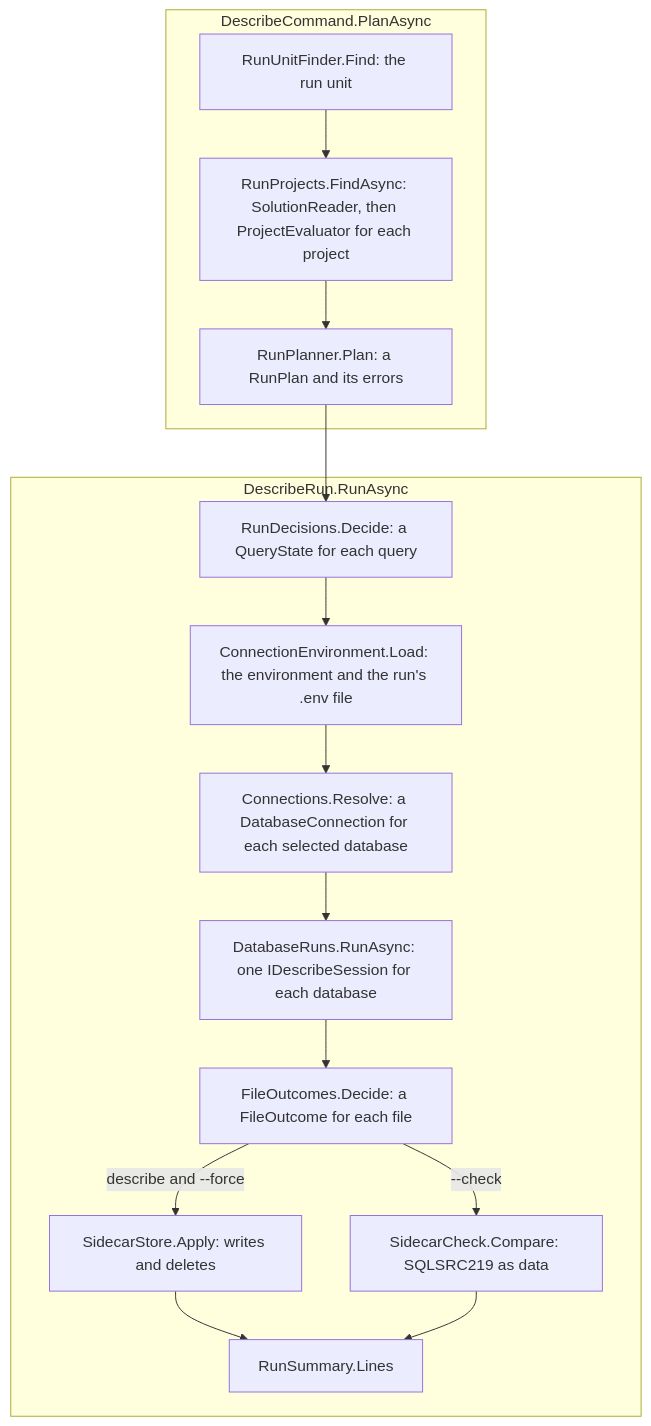
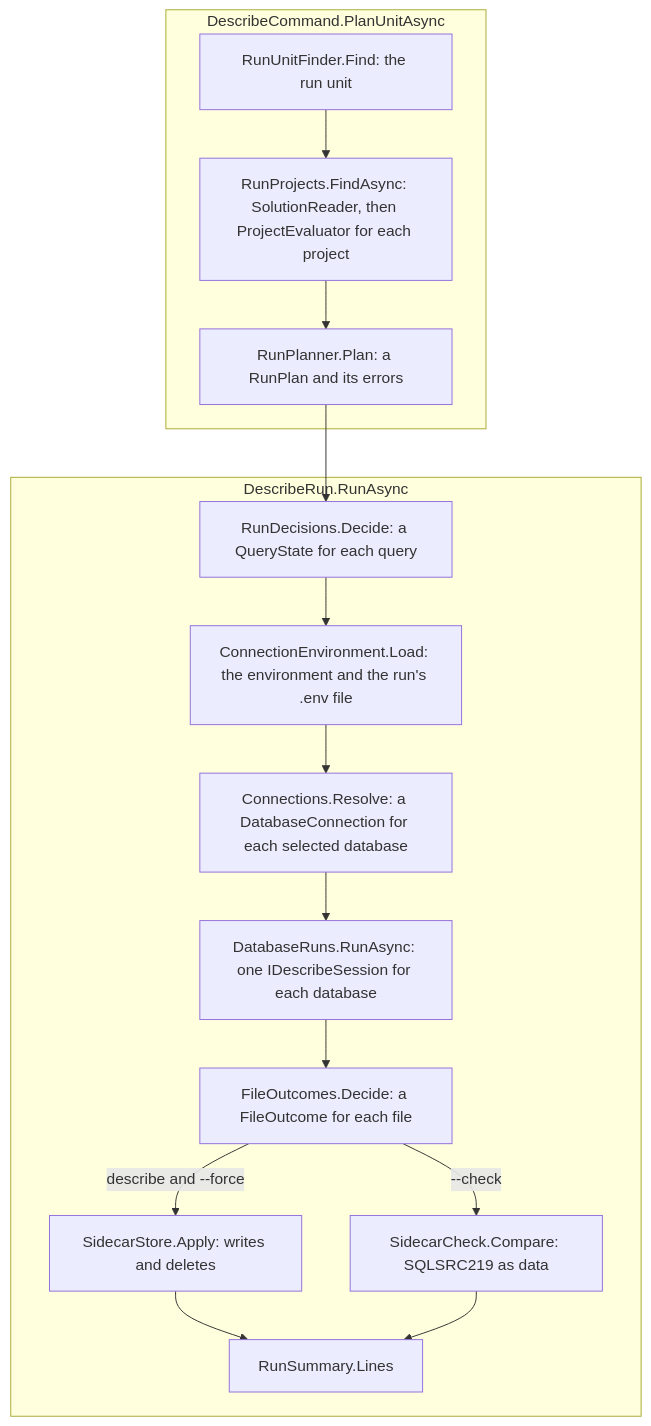
One commit to mbcrawfo/SqlSource changed the diagram in docs/architecture/tool.md. Above: the diagram before and after it, drawn with Mermaid. The commit also changed other lines of this file and 7 other files, not shown here.

````diff
--- a/docs/architecture/tool.md
+++ b/docs/architecture/tool.md
@@ -68,18 +68,18 @@
 ```mermaid
 flowchart TD
-    subgraph plan["DescribeCommand.PlanAsync"]
+    subgraph plan["DescribeCommand.PlanUnitAsync"]
         unit["RunUnitFinder.Find: the run unit"] --> projects["RunProjects.FindAsync: SolutionReader, then ProjectEvaluator for each project"]
         projects --> planner["RunPlanner.Plan: a RunPlan and its errors"]
     end
     subgraph run["DescribeRun.RunAsync"]
         decide["RunDecisions.Decide: a QueryState for each query"] --> dotenv["ConnectionEnvironment.Load: the environment and the run's .env file"]
         dotenv --> connect["Connections.Resolve: a DatabaseConnection for each selected database"]
         connect --> describe["DatabaseRuns.RunAsync: one IDescribeSession for each database"]
         describe --> outcomes["FileOutcomes.Decide: a FileOutcome for each file"]
         outcomes -->|"describe and --force"| store["SidecarStore.Apply: writes and deletes"]
         outcomes -->|"--check"| check["SidecarCheck.Compare: SQLSRC219 as data"]
         store --> summary["RunSummary.Lines"]
         check --> summary
     end
     planner --> decide
 ```
````
